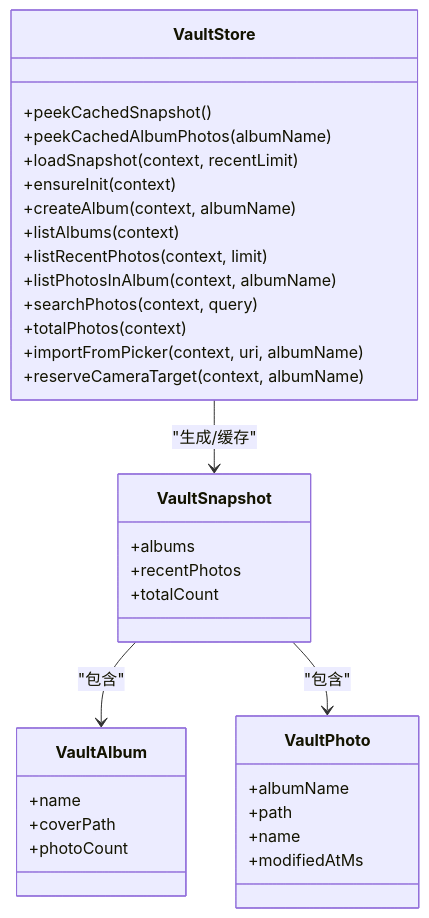
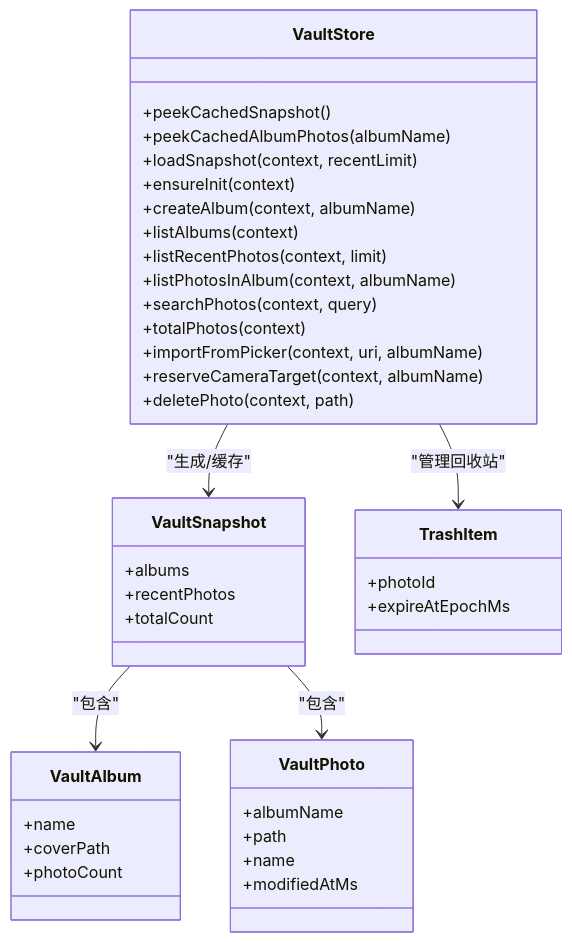
The seventh of 8 diagrams in .qoder/repowiki/zh/content/核心功能模块/照片管理系统.md (wanhongbo/ai-photo-vault), drawn with Mermaid before and after one commit. The commit also changed other lines of this file and 9 other files, not shown here.

````diff
--- a/.qoder/repowiki/zh/content/核心功能模块/照片管理系统.md
+++ b/.qoder/repowiki/zh/content/核心功能模块/照片管理系统.md
@@ -289,36 +413,42 @@
 ```mermaid
 classDiagram
 class VaultStore {
 +peekCachedSnapshot()
 +peekCachedAlbumPhotos(albumName)
 +loadSnapshot(context, recentLimit)
 +ensureInit(context)
 +createAlbum(context, albumName)
 +listAlbums(context)
 +listRecentPhotos(context, limit)
 +listPhotosInAlbum(context, albumName)
 +searchPhotos(context, query)
 +totalPhotos(context)
 +importFromPicker(context, uri, albumName)
 +reserveCameraTarget(context, albumName)
++deletePhoto(context, path)
 }
 class VaultPhoto {
 +albumName
 +path
 +name
 +modifiedAtMs
 }
 class VaultAlbum {
 +name
 +coverPath
 +photoCount
 }
 class VaultSnapshot {
 +albums
 +recentPhotos
 +totalCount
 }
+class TrashItem {
++photoId
++expireAtEpochMs
+}
 VaultStore --> VaultSnapshot : "生成/缓存"
 VaultSnapshot --> VaultAlbum : "包含"
 VaultSnapshot --> VaultPhoto : "包含"
+VaultStore --> TrashItem : "管理回收站"
 ```
````
